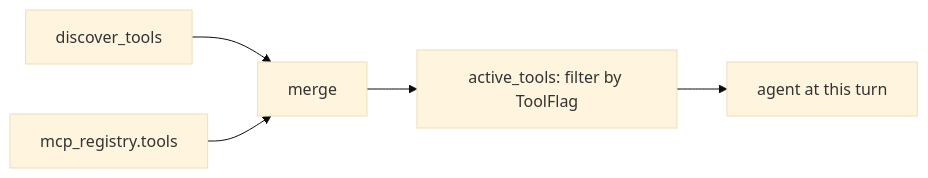
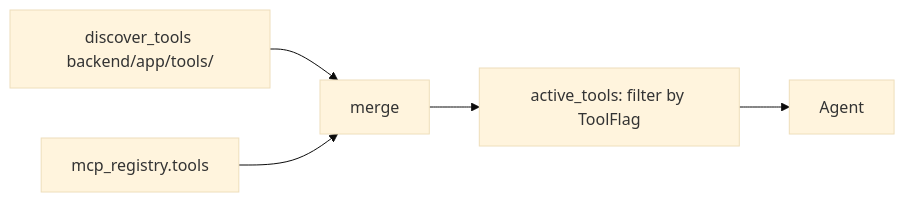
One commit to miskibin/local-code changed the diagram in docs/src/content/docs/modules/tools.md. Above: the diagram before and after it, drawn with Mermaid (base theme). The commit also changed other lines of this file and 17 other files, not shown here.

````diff
--- a/docs/src/content/docs/modules/tools.md
+++ b/docs/src/content/docs/modules/tools.md
@@ -30,7 +10,7 @@
 ```mermaid
 flowchart LR
-    A[discover_tools] --> M[merge]
-    B[mcp_registry.tools] --> M
-    M --> F[active_tools: filter by ToolFlag]
-    F --> AG[agent at this turn]
+    Local[discover_tools backend/app/tools/] --> M[merge]
+    MCP[mcp_registry.tools] --> M
+    M --> A[active_tools: filter by ToolFlag]
+    A --> Agent
 ```
````
